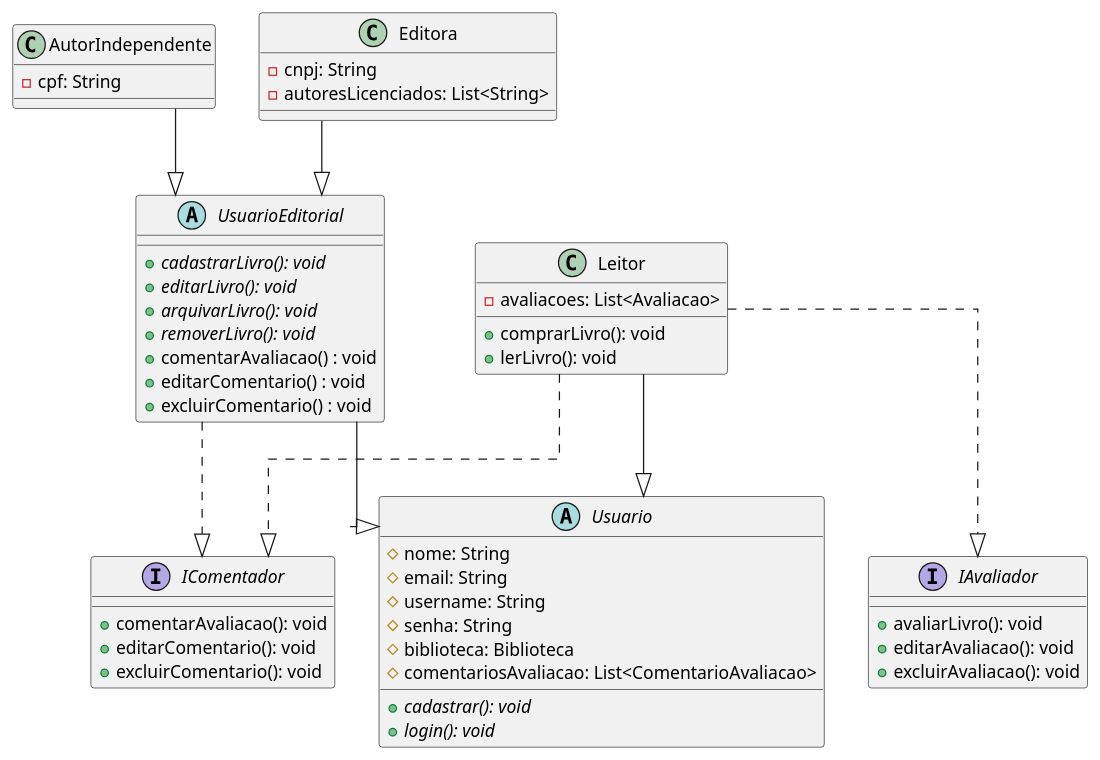
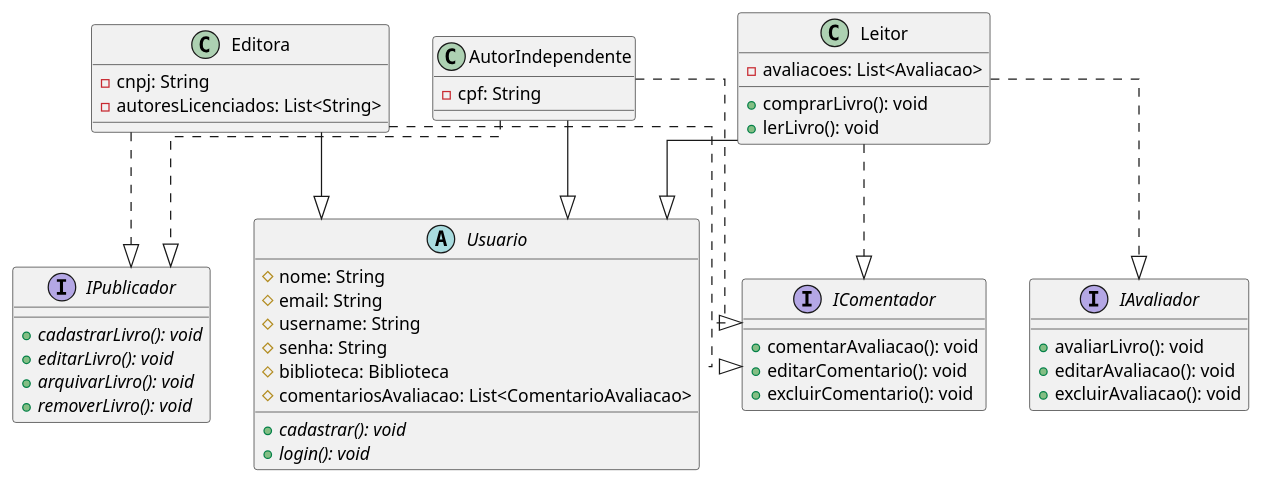
One commit to jalv21/iLib changed the diagram in docs/codigo-plantuml/diagrama-classe.puml. Above: the diagram before and after it, drawn with PlantUML.

Commit message:
docs/convertendo UsuarioEditorial em interface

```diff
--- a/docs/codigo-plantuml/diagrama-classe.puml
+++ b/docs/codigo-plantuml/diagrama-classe.puml
@@ -1,58 +1,57 @@
 @startuml diagrama-classe
 skinparam linetype ortho
 
 abstract class Usuario {
     # nome: String
     # email: String
     # username: String
     # senha: String
     # biblioteca: Biblioteca
     # comentariosAvaliacao: List<ComentarioAvaliacao>
     + cadastrar(): void {abstract}
     + login(): void {abstract}
 }
 
 interface IComentador {
     + comentarAvaliacao(): void
     + editarComentario(): void
     + excluirComentario(): void
 }
 
-abstract class UsuarioEditorial {
+interface IPublicador {
     + cadastrarLivro(): void {abstract}
     + editarLivro(): void {abstract}
     + arquivarLivro(): void {abstract}
     + removerLivro(): void {abstract}
-    + comentarAvaliacao() : void
-    + editarComentario() : void
-    + excluirComentario() : void
 }
-UsuarioEditorial --|> Usuario
-UsuarioEditorial ..|> IComentador
 
 class AutorIndependente {
     - cpf: String
 }
-AutorIndependente --|> UsuarioEditorial
+AutorIndependente --|> Usuario
+AutorIndependente ..|> IPublicador
+AutorIndependente ..|> IComentador
 
 class Editora {
     - cnpj: String
     - autoresLicenciados: List<String>
 }
-Editora --|> UsuarioEditorial
+Editora --|> Usuario
+Editora ..|> IPublicador
+Editora ..|> IComentador
 
 interface IAvaliador {
     + avaliarLivro(): void
     + editarAvaliacao(): void
     + excluirAvaliacao(): void
 }
 
 class Leitor {
     - avaliacoes: List<Avaliacao>
     + comprarLivro(): void
     + lerLivro(): void
 }
 Leitor --|> Usuario
 Leitor ..|> IComentador
 Leitor ..|> IAvaliador
 @enduml
```
